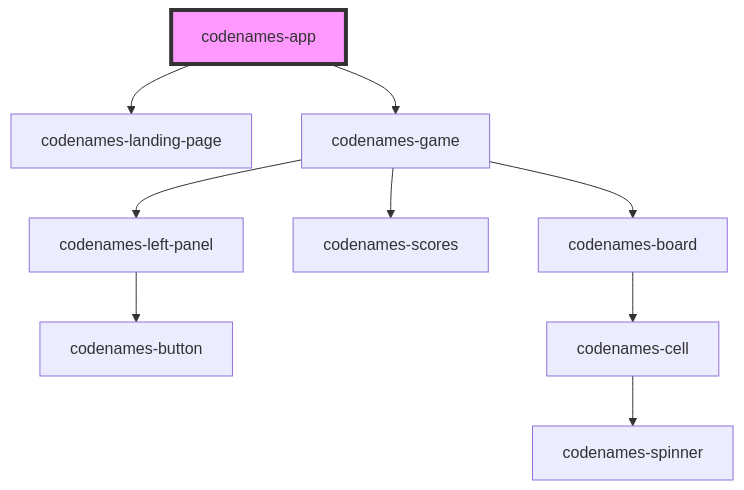
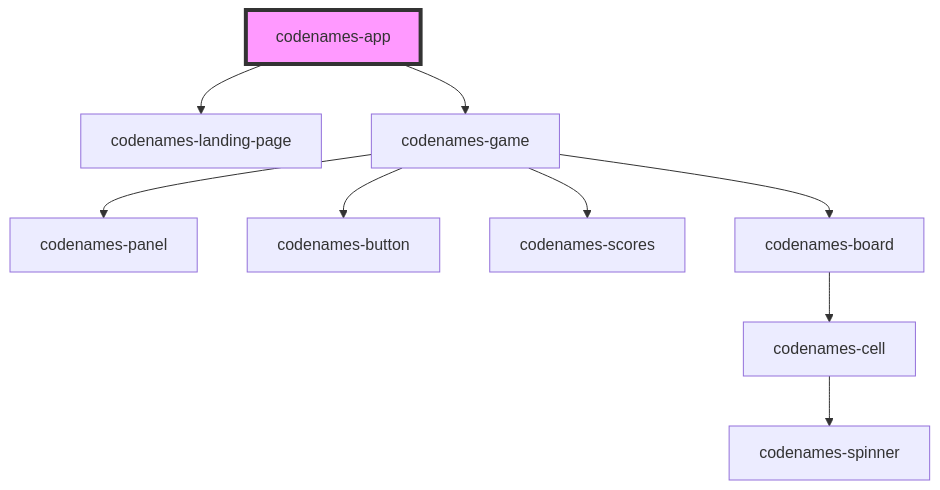
One commit to nelspd915/codenames changed the diagram in packages/frontend/src/components/codenames-app/readme.md. Above: the diagram before and after it, drawn with Mermaid. The commit also changed other lines of this file and 21 other files, not shown here.

````diff
--- a/packages/frontend/src/components/codenames-app/readme.md
+++ b/packages/frontend/src/components/codenames-app/readme.md
@@ -16,12 +14,12 @@
 ```mermaid
 graph TD;
   codenames-app --> codenames-landing-page
   codenames-app --> codenames-game
-  codenames-game --> codenames-left-panel
+  codenames-game --> codenames-panel
+  codenames-game --> codenames-button
   codenames-game --> codenames-scores
   codenames-game --> codenames-board
-  codenames-left-panel --> codenames-button
   codenames-board --> codenames-cell
   codenames-cell --> codenames-spinner
   style codenames-app fill:#f9f,stroke:#333,stroke-width:4px
 ```
````
